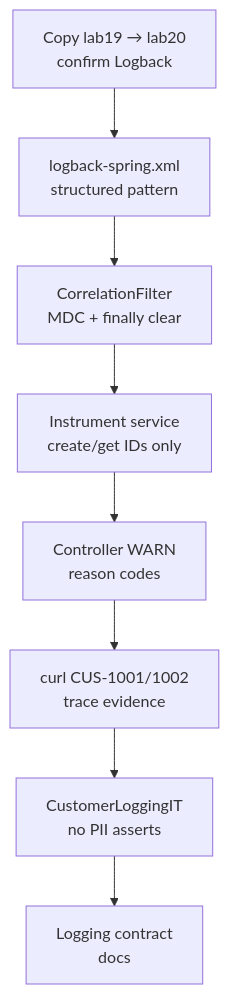
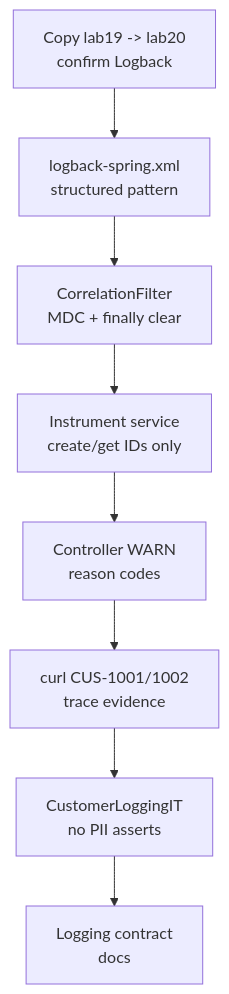
The second of 2 diagrams in labs/Week 2 - Backend, AI Tools and Testing/module-20/lab20/LAB-20-GUIDE.md (pupilliluke/bc-sw-engineer-java-participant), drawn with Mermaid before and after one commit. The commit also changed 55 other files, not shown here.

Commit message:
Stop publishing local screenshots; harden Mermaid for GitHub; sync only tracked lab files.

````diff
--- a/labs/Week 2 - Backend, AI Tools and Testing/module-20/lab20/LAB-20-GUIDE.md
+++ b/labs/Week 2 - Backend, AI Tools and Testing/module-20/lab20/LAB-20-GUIDE.md
@@ -96,10 +96,10 @@
 ```mermaid
 flowchart TD
-    A["Copy lab19 → lab20<br/>confirm Logback"] --> B["logback-spring.xml<br/>structured pattern"]
+    A["Copy lab19 -> lab20<br/>confirm Logback"] --> B["logback-spring.xml<br/>structured pattern"]
     B --> C["CorrelationFilter<br/>MDC + finally clear"]
     C --> D["Instrument service<br/>create/get IDs only"]
     D --> E["Controller WARN<br/>reason codes"]
     E --> F["curl CUS-1001/1002<br/>trace evidence"]
     F --> G["CustomerLoggingIT<br/>no PII asserts"]
     G --> H["Logging contract<br/>docs"]
 ```
````
